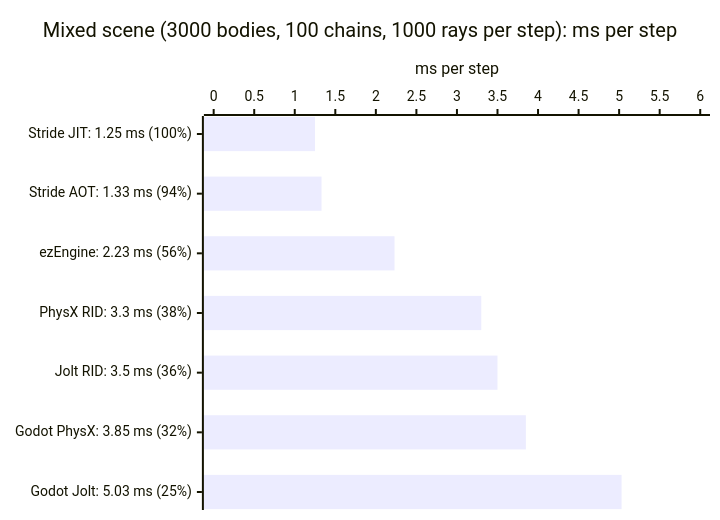
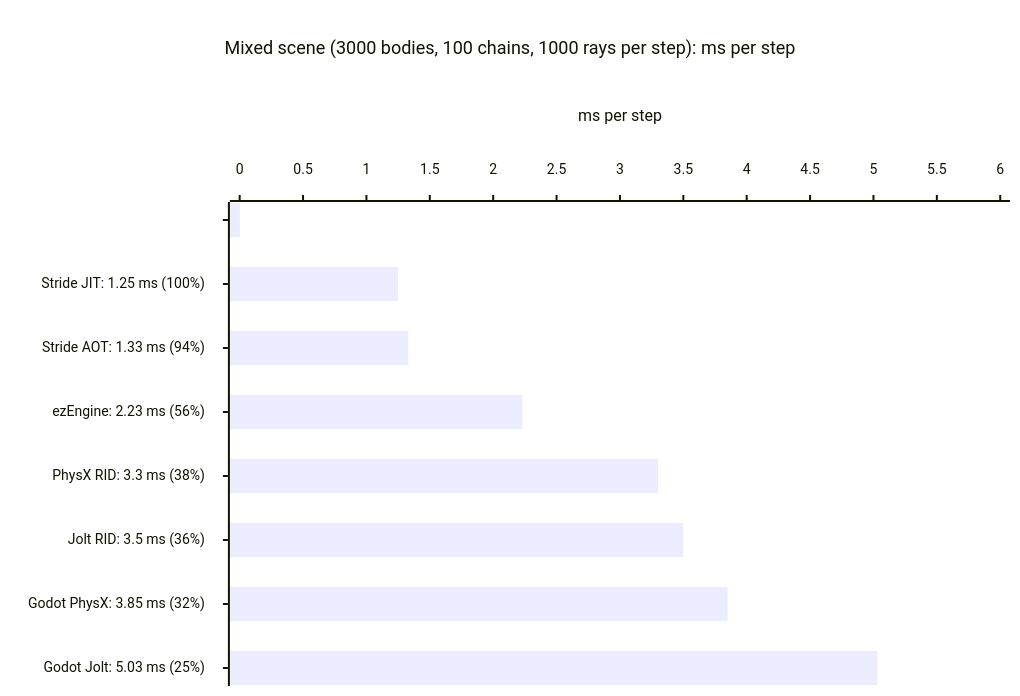
One commit to CreatoramaStudio/QuestMark changed the second of 6 diagrams in README.md. Above: the diagram before and after it, drawn with Mermaid. The commit also changed other lines of this file and 1 other file, not shown here.

Commit message:
README charts: padding config and spacer rows above and below the bars

````diff
--- a/README.md
+++ b/README.md
@@ -59,7 +76,24 @@
 ```mermaid
+---
+config:
+  xyChart:
+    width: 1000
+    height: 676
+    titlePadding: 28
+    titleFontSize: 18
+    plotReservedSpacePercent: 60
+    xAxis:
+      labelFontSize: 14
+      labelPadding: 18
+      titlePadding: 18
+    yAxis:
+      labelFontSize: 14
+      labelPadding: 18
+      titlePadding: 18
+---
 xychart-beta horizontal
     title "Mixed scene (3000 bodies, 100 chains, 1000 rays per step): ms per step"
-    x-axis ["Stride JIT: 1.25 ms (100%)", "Stride AOT: 1.33 ms (94%)", "ezEngine: 2.23 ms (56%)", "PhysX RID: 3.3 ms (38%)", "Jolt RID: 3.5 ms (36%)", "Godot PhysX: 3.85 ms (32%)", "Godot Jolt: 5.03 ms (25%)"]
+    x-axis [" ", "Stride JIT: 1.25 ms (100%)", "Stride AOT: 1.33 ms (94%)", "ezEngine: 2.23 ms (56%)", "PhysX RID: 3.3 ms (38%)", "Jolt RID: 3.5 ms (36%)", "Godot PhysX: 3.85 ms (32%)", "Godot Jolt: 5.03 ms (25%)", "  "]
     y-axis "ms per step" 0 --> 6
-    bar [1.25, 1.33, 2.23, 3.3, 3.5, 3.85, 5.03]
+    bar [0, 1.25, 1.33, 2.23, 3.3, 3.5, 3.85, 5.03, 0]
 ```
````
